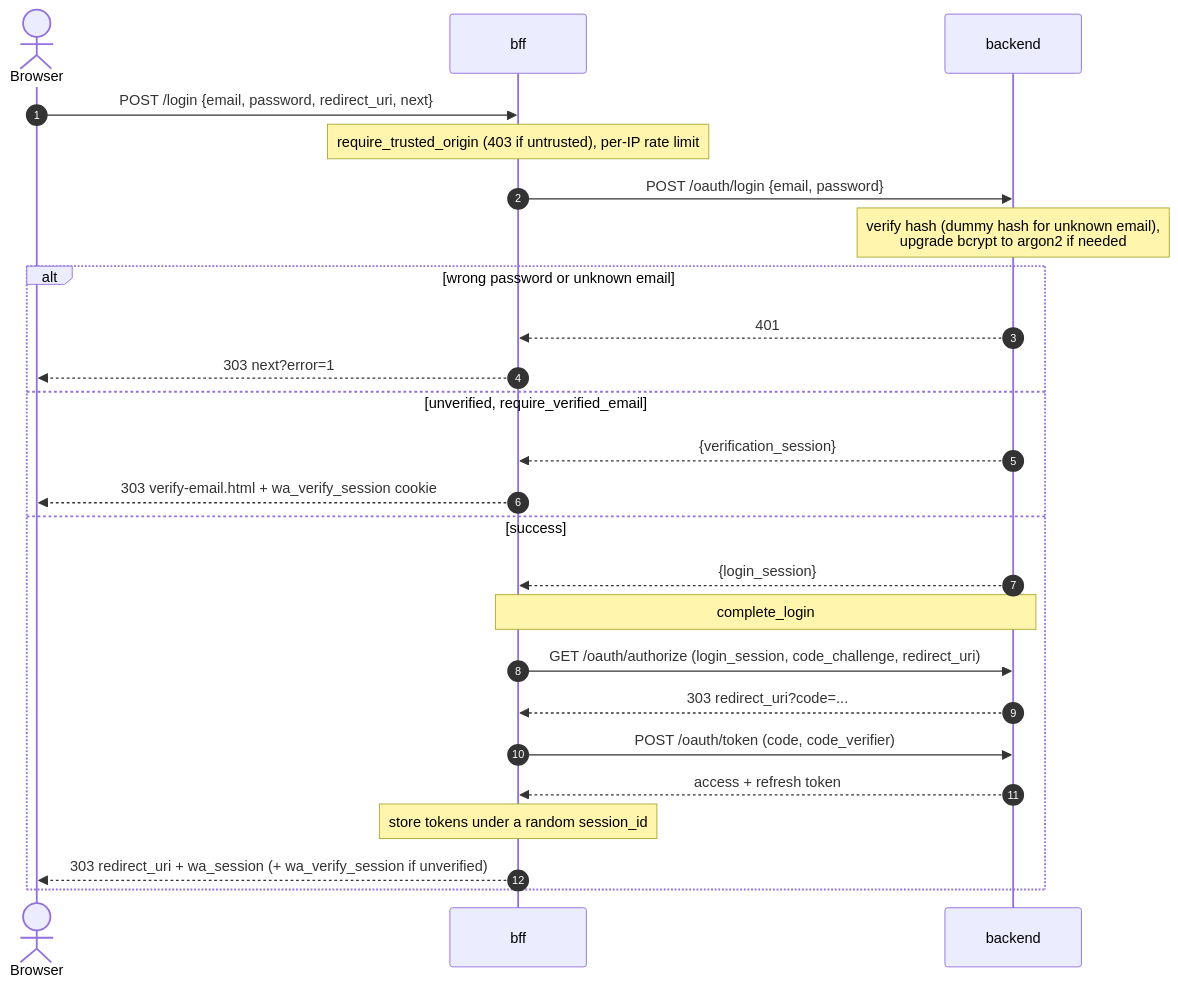
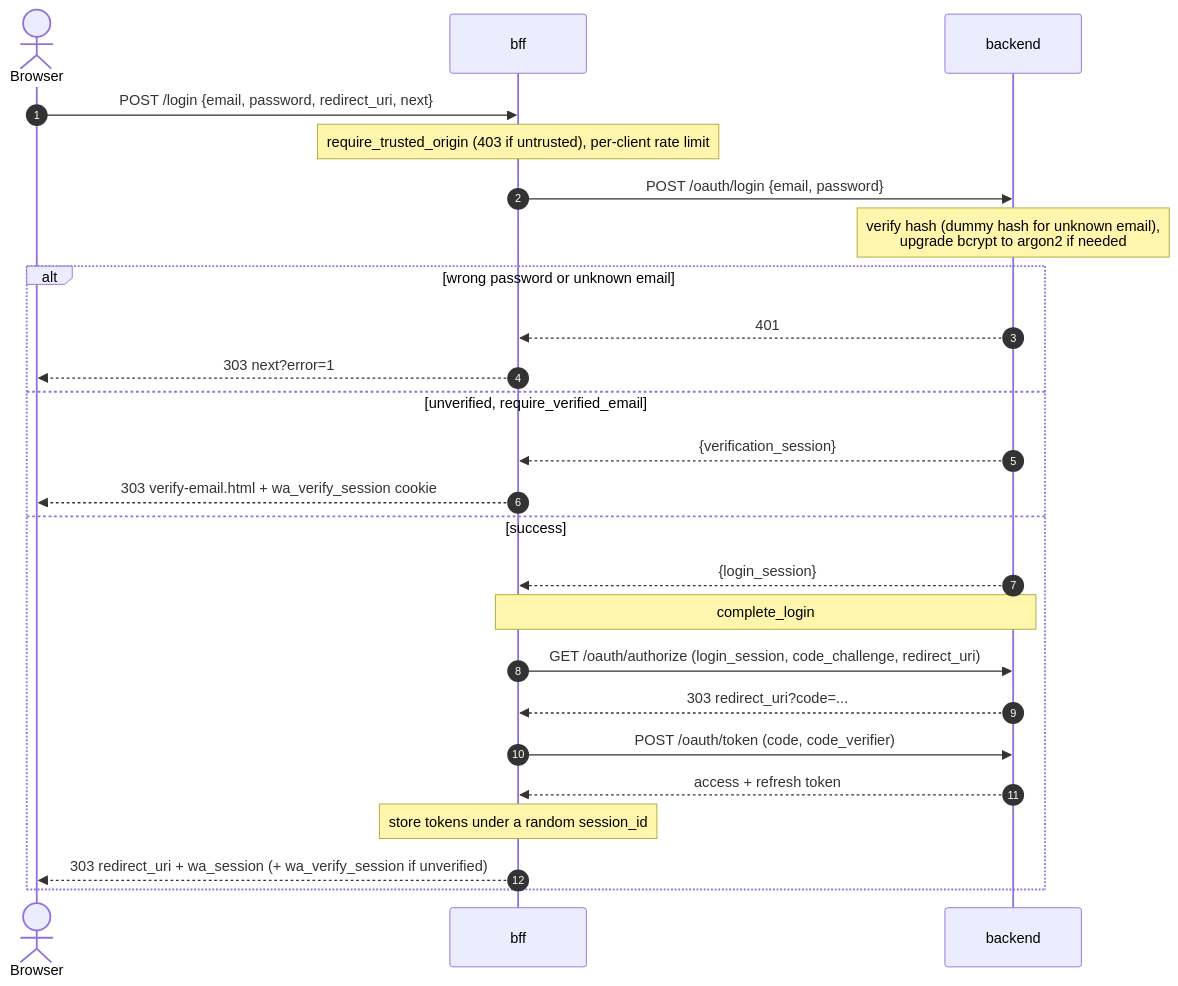
One commit to sillen102/WeaveAuth changed the diagram in docs/flows/login.md. Above: the diagram before and after it, drawn with Mermaid. The commit also changed other lines of this file and 33 other files, not shown here.

Commit message:
feat(bff): harden proxy headers and add per-client rate limits behind trusted proxies

````diff
--- a/docs/flows/login.md
+++ b/docs/flows/login.md
@@ -23,28 +23,28 @@
 ```mermaid
 sequenceDiagram
     autonumber
     actor U as Browser
     participant F as bff
     participant B as backend
 
     U->>F: POST /login {email, password, redirect_uri, next}
-    Note over F: require_trusted_origin (403 if untrusted), per-IP rate limit
+    Note over F: require_trusted_origin (403 if untrusted), per-client rate limit
     F->>B: POST /oauth/login {email, password}
     Note over B: verify hash (dummy hash for unknown email),<br/>upgrade bcrypt to argon2 if needed
     alt wrong password or unknown email
         B-->>F: 401
         F-->>U: 303 next?error=1
     else unverified, require_verified_email
         B-->>F: {verification_session}
         F-->>U: 303 verify-email.html + wa_verify_session cookie
     else success
         B-->>F: {login_session}
         Note over F,B: complete_login
         F->>B: GET /oauth/authorize (login_session, code_challenge, redirect_uri)
         B-->>F: 303 redirect_uri?code=...
         F->>B: POST /oauth/token (code, code_verifier)
         B-->>F: access + refresh token
         Note over F: store tokens under a random session_id
         F-->>U: 303 redirect_uri + wa_session (+ wa_verify_session if unverified)
     end
 ```
````
